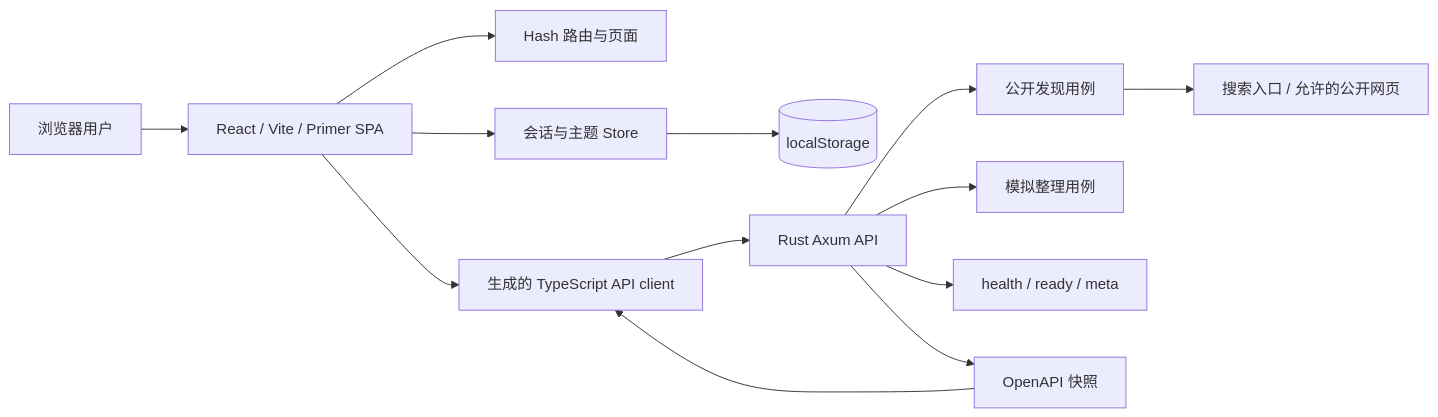
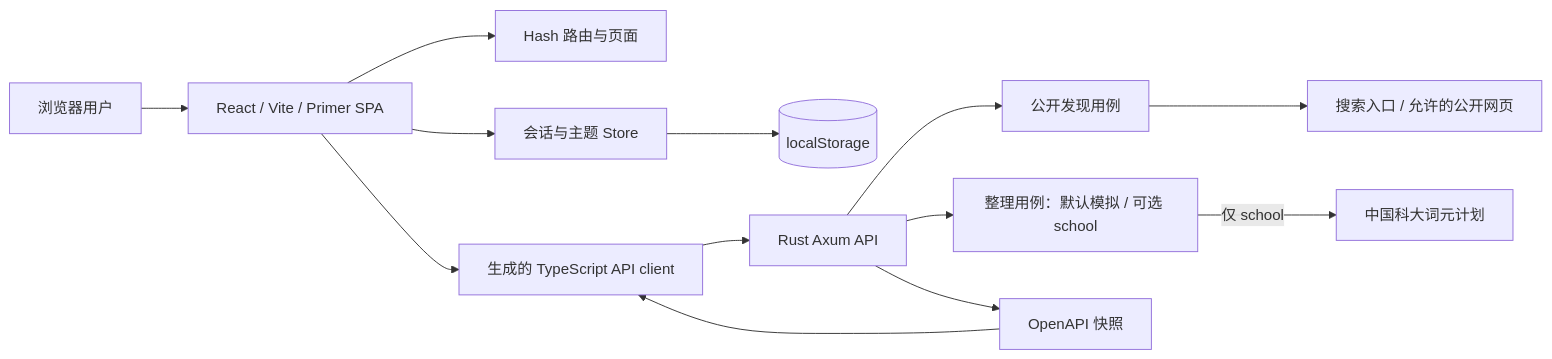
One commit to 114August514/campus-lumen changed the first of 3 diagrams in docs/architecture/overview.md. Above: the diagram before and after it, drawn with Mermaid. The commit also changed other lines of this file and 38 other files, not shown here.

````diff
--- a/docs/architecture/overview.md
+++ b/docs/architecture/overview.md
@@ -16,15 +16,15 @@
 ```mermaid
 flowchart LR
   U[浏览器用户] --> W[React / Vite / Primer SPA]
   W --> R[Hash 路由与页面]
   W --> S[会话与主题 Store]
   S --> L[(localStorage)]
   W --> C[生成的 TypeScript API client]
   C --> A[Rust Axum API]
   A --> D[公开发现用例]
   D --> X[搜索入口 / 允许的公开网页]
-  A --> M[模拟整理用例]
-  A --> H[health / ready / meta]
+  A --> M[整理用例：默认模拟 / 可选 school]
+  M -->|仅 school| T[中国科大词元计划]
   O[OpenAPI 快照] --> C
   A --> O
 ```
````
